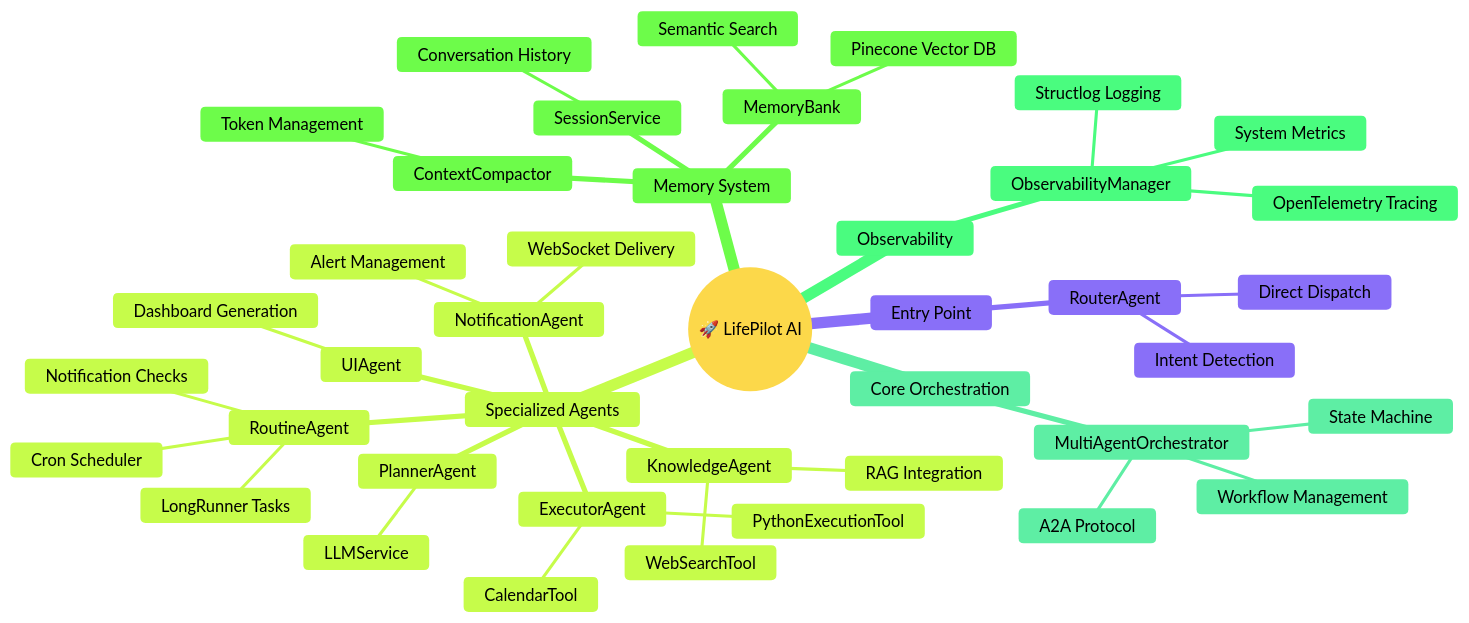
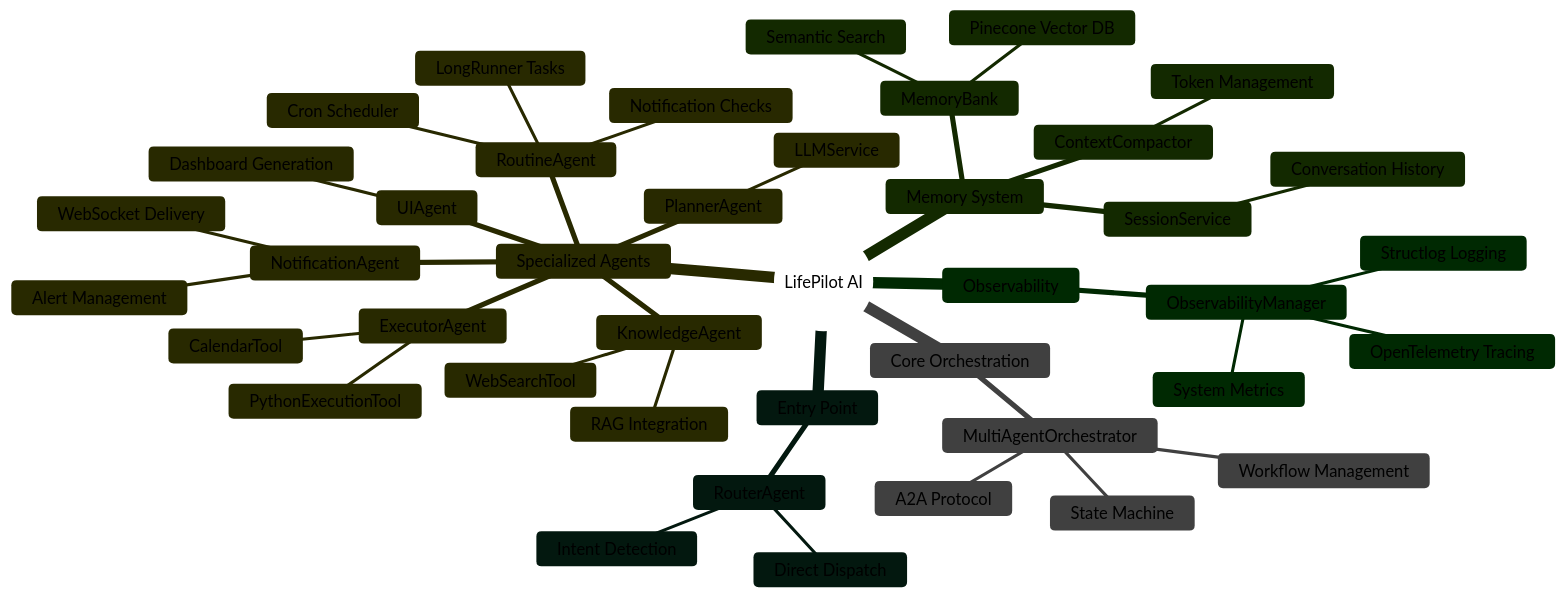
The second of 2 diagrams in README.md (JayChauhan3/lifepilot), drawn with Mermaid before and after one commit.

````diff
--- a/README.md
+++ b/README.md
@@ -137,60 +137,61 @@
 ```mermaid
 %%{init: {'theme': 'base', 'themeVariables': {
-  'primaryColor': '#FEF3C7',
+  'primaryColor': '#FED7AA',
   'primaryTextColor': '#000',
-  'primaryBorderColor': '#F59E0B',
-  'secondaryColor': '#D1FAE5',
+  'primaryBorderColor': '#F97316',
+  'secondaryColor': '#FFFFFF',
   'secondaryTextColor': '#000',
-  'secondaryBorderColor': '#10B981',
-  'tertiaryColor': '#EDE9FE',
+  'secondaryBorderColor': '#94A3B8',
+  'tertiaryColor': '#A7F3D0',
   'tertiaryTextColor': '#000',
-  'tertiaryBorderColor': '#8B5CF6',
-  'noteBkgColor': '#DBEAFE',
+  'tertiaryBorderColor': '#10B981',
+  'noteBkgColor': '#BAE6FD',
   'noteTextColor': '#000',
-  'noteBorderColor': '#3B82F6',
+  'noteBorderColor': '#0EA5E9',
   'lineColor': '#64748B',
-  'fontSize': '16px'
+  'fontSize': '16px',
+  'darkMode': 'false'
 }}}%%
 mindmap
-  root((🚀 LifePilot AI))
+  root((LifePilot AI))
     Core Orchestration
       MultiAgentOrchestrator
         Workflow Management
         State Machine
         A2A Protocol
     Entry Point
       RouterAgent
         Intent Detection
         Direct Dispatch
     Specialized Agents
       PlannerAgent
         LLMService
       ExecutorAgent
         CalendarTool
         PythonExecutionTool
       KnowledgeAgent
         WebSearchTool
         RAG Integration
       NotificationAgent
         Alert Management
         WebSocket Delivery
       RoutineAgent
         Cron Scheduler
         LongRunner Tasks
         Notification Checks
       UIAgent
         Dashboard Generation
     Memory System
       MemoryBank
         Pinecone Vector DB
         Semantic Search
       SessionService
         Conversation History
       ContextCompactor
         Token Management
     Observability
       ObservabilityManager
         OpenTelemetry Tracing
         Structlog Logging
         System Metrics
 ```
````
